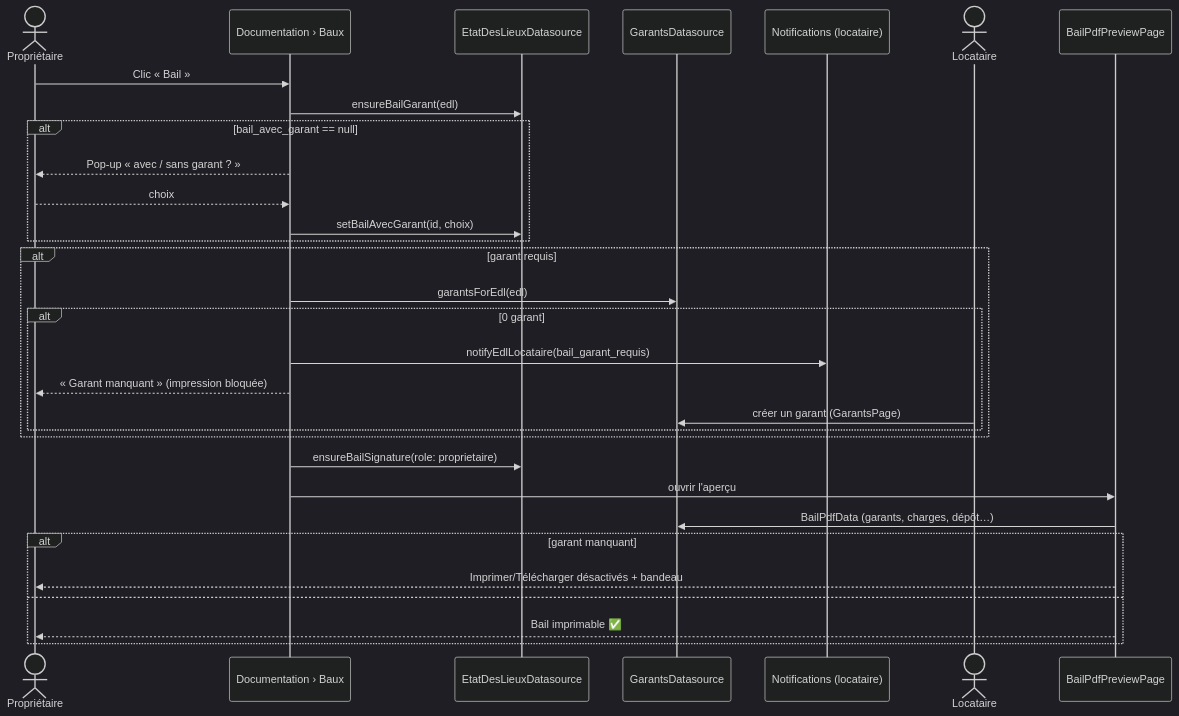
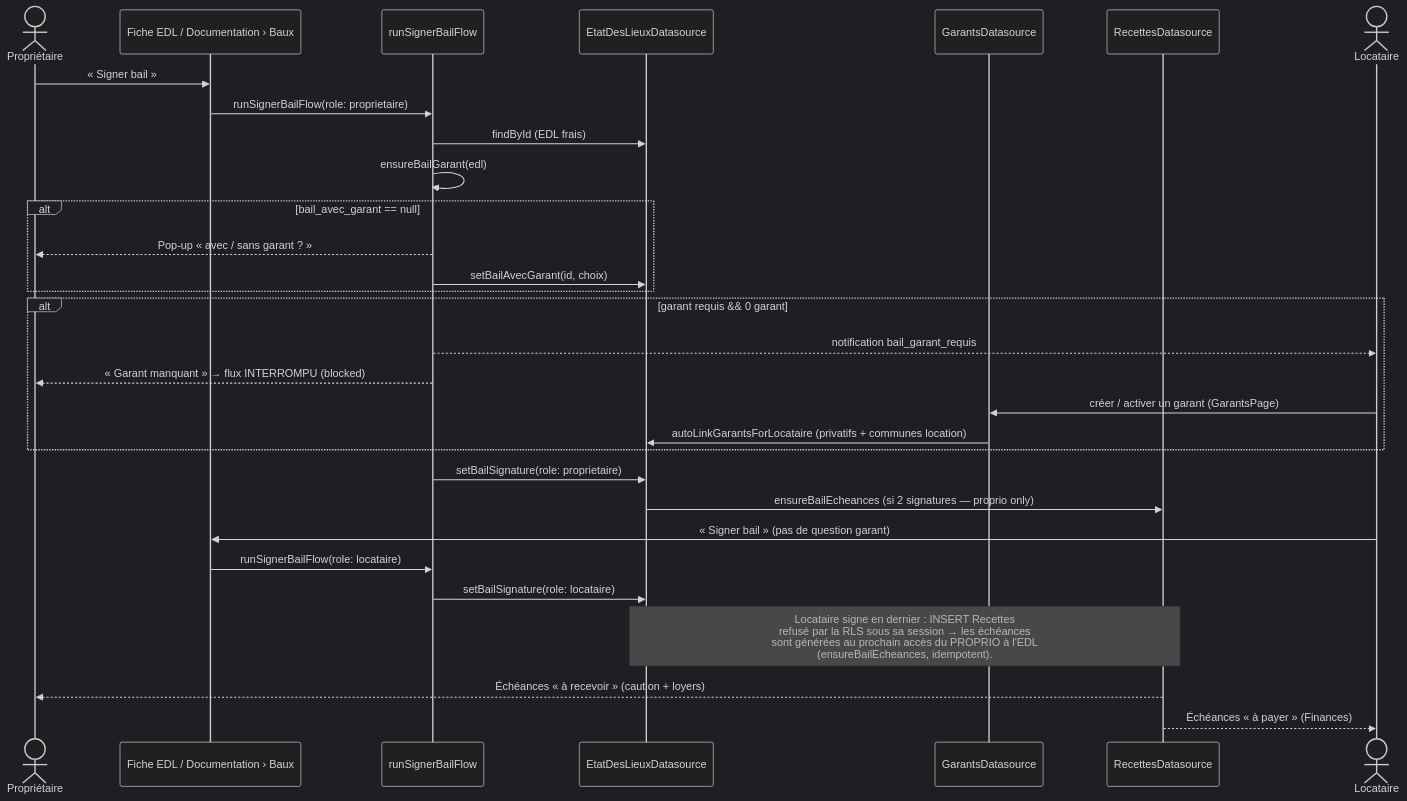
Before and after one commit to rhayonne/lacoloc: the third of 3 diagrams in diagrams/09_immeuble_vers_bail.md, drawn with Mermaid (dark theme). The commit also changed other lines of this file and 31 other files, not shown here.

First line of the commit message:
feat(bail): résiliation avec prorata/remboursement de caution, acte de résiliation PDF, Vue générale Finances (v1.5.0)

````diff
--- a/diagrams/09_immeuble_vers_bail.md
+++ b/diagrams/09_immeuble_vers_bail.md
@@ -148,34 +148,34 @@
 ```mermaid
 sequenceDiagram
     actor P as Propriétaire
-    participant DOC as Documentation › Baux
+    participant FICHE as Fiche EDL / Documentation › Baux
+    participant FLOW as runSignerBailFlow
     participant DS as EtatDesLieuxDatasource
     participant G as GarantsDatasource
-    participant N as Notifications (locataire)
+    participant R as RecettesDatasource
     actor L as Locataire
-    participant PDF as BailPdfPreviewPage
 
-    P->>DOC: Clic « Bail »
-    DOC->>DS: ensureBailGarant(edl)
+    P->>FICHE: « Signer bail »
+    FICHE->>FLOW: runSignerBailFlow(role: proprietaire)
+    FLOW->>DS: findById (EDL frais)
+    FLOW->>FLOW: ensureBailGarant(edl)
     alt bail_avec_garant == null
-        DOC-->>P: Pop-up « avec / sans garant ? »
-        P-->>DOC: choix
-        DOC->>DS: setBailAvecGarant(id, choix)
+        FLOW-->>P: Pop-up « avec / sans garant ? »
+        FLOW->>DS: setBailAvecGarant(id, choix)
     end
-    alt garant requis
-        DOC->>G: garantsForEdl(edl)
-        alt 0 garant
-            DOC->>N: notifyEdlLocataire(bail_garant_requis)
-            DOC-->>P: « Garant manquant » (impression bloquée)
-            L->>G: créer un garant (GarantsPage)
-        end
+    alt garant requis && 0 garant
+        FLOW-->>L: notification bail_garant_requis
+        FLOW-->>P: « Garant manquant » → flux INTERROMPU (blocked)
+        L->>G: créer / activer un garant (GarantsPage)
+        G->>DS: autoLinkGarantsForLocataire (privatifs + communes location)
     end
-    DOC->>DS: ensureBailSignature(role: proprietaire)
-    DOC->>PDF: ouvrir l'aperçu
-    PDF->>G: BailPdfData (garants, charges, dépôt…)
-    alt garant manquant
-        PDF-->>P: Imprimer/Télécharger désactivés + bandeau
-    else
-        PDF-->>P: Bail imprimable ✅
-    end
+    FLOW->>DS: setBailSignature(role: proprietaire)
+    DS->>R: ensureBailEcheances (si 2 signatures — proprio only)
+
+    L->>FICHE: « Signer bail » (pas de question garant)
+    FICHE->>FLOW: runSignerBailFlow(role: locataire)
+    FLOW->>DS: setBailSignature(role: locataire)
+    Note over DS,R: Locataire signe en dernier : INSERT Recettes<br/>refusé par la RLS sous sa session → les échéances<br/>sont générées au prochain accès du PROPRIO à l'EDL<br/>(ensureBailEcheances, idempotent).
+    R-->>P: Échéances « à recevoir » (caution + loyers)
+    R-->>L: Échéances « à payer » (Finances)
 ```
````
